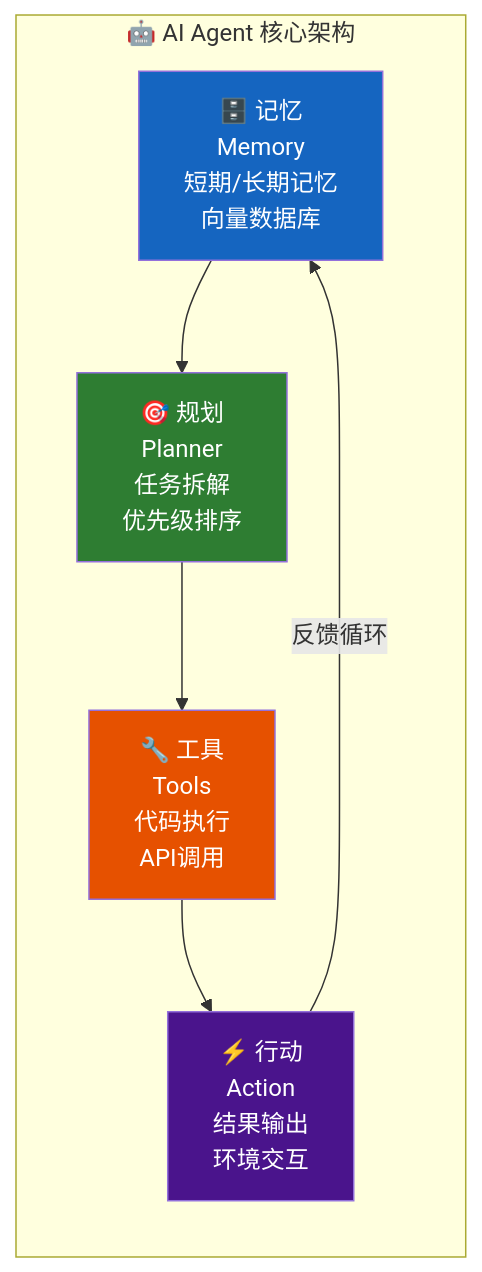
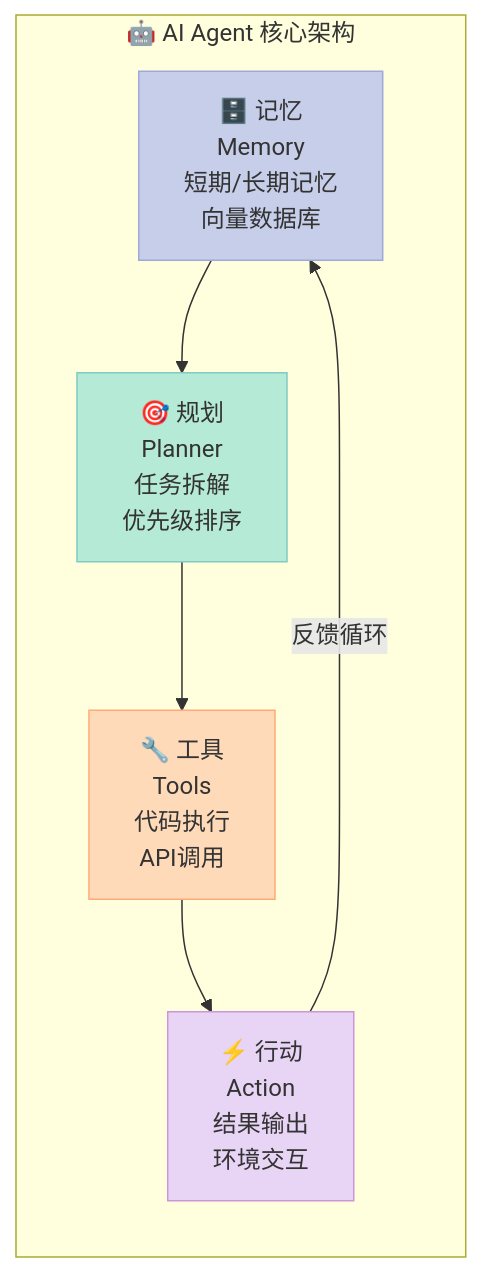
The second of 5 diagrams in _posts/2026-04-14-ai-agent-principles-and-practice.md (xuqi2024/xuqi2024.github.io), drawn with Mermaid before and after one commit. The commit also changed other lines of this file and 2 other files, not shown here.

````diff
--- a/_posts/2026-04-14-ai-agent-principles-and-practice.md
+++ b/_posts/2026-04-14-ai-agent-principles-and-practice.md
@@ -95,17 +95,17 @@
 ```mermaid
 graph LR
     subgraph Agent["🤖 AI Agent 核心架构"]
         M["🗄️ 记忆\nMemory\n短期/长期记忆\n向量数据库"]
         P["🎯 规划\nPlanner\n任务拆解\n优先级排序"]
         T["🔧 工具\nTools\n代码执行\nAPI调用"]
         A["⚡ 行动\nAction\n结果输出\n环境交互"]
     end
 
     M --> P --> T --> A
     A -->|"反馈循环"| M
 
-    style M fill:#1565C0,color:#fff
-    style P fill:#2E7D32,color:#fff
-    style T fill:#E65100,color:#fff
-    style A fill:#4A148C,color:#fff
+    style M fill:#C7CEEA,stroke:#9FA8DA,color:#333
+    style P fill:#B5EAD7,stroke:#80CBC4,color:#333
+    style T fill:#FFDAB9,stroke:#FFAB76,color:#333
+    style A fill:#E8D5F5,stroke:#CE93D8,color:#333
 ```
````
